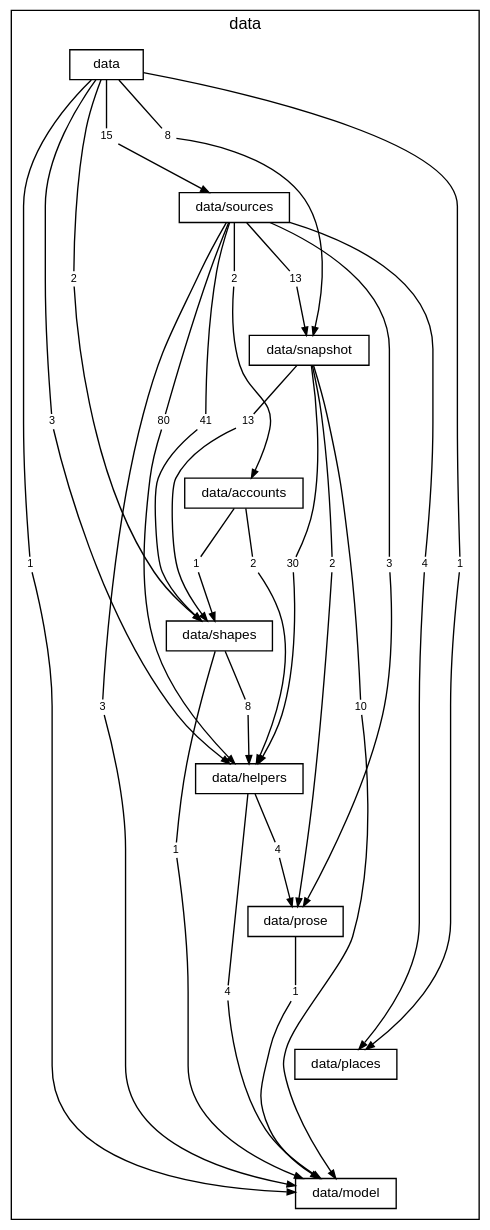
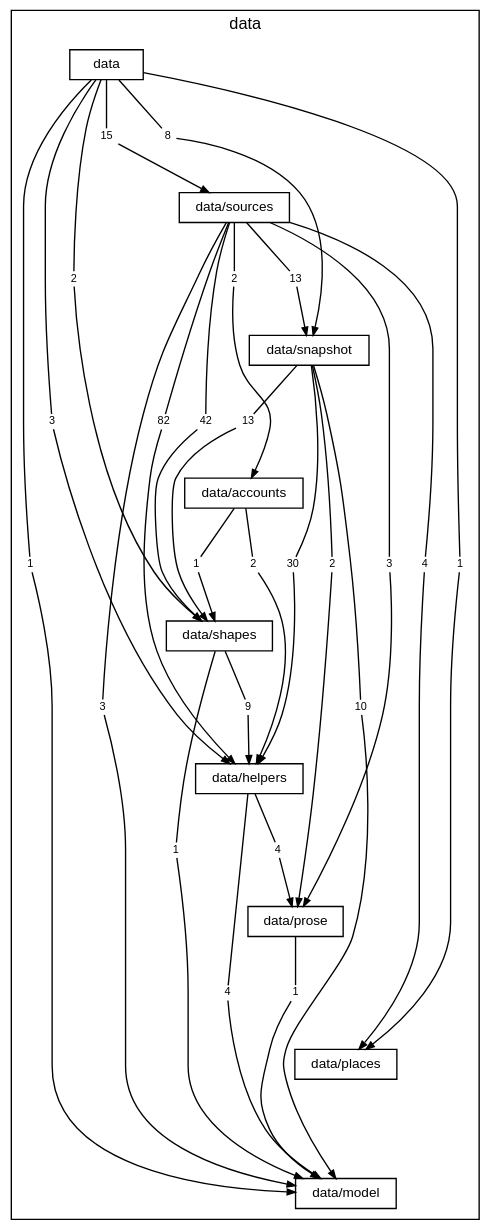
The diagram in docs/diagrams/layer-data.dot (TheAxeC/oculus), drawn with Graphviz before and after one commit. The commit also changed 67 other files, not shown here.

```diff
--- a/docs/diagrams/layer-data.dot
+++ b/docs/diagrams/layer-data.dot
@@ -1,97 +1,97 @@
 digraph layer_data {
     graph [bgcolor="transparent", rankdir=TB, newrank=true, mclimit=4, fontname="Helvetica", fontsize=12, nodesep=0.2, ranksep=0.5];
     node [shape=box, color="black", fontcolor="black", fontname="Helvetica", fontsize=10, height=0.3, margin="0.12,0.04"];
     edge [color="black", fontcolor="black", fontname="Helvetica", fontsize=8, arrowsize=0.6];
     subgraph "cluster_data" {
         label="data"; style=solid;
         "folder data" [label="data"];
         "folder data/sources" [label="data/sources"];
         "folder data/snapshot" [label="data/snapshot"];
         "folder data/accounts" [label="data/accounts"];
         "folder data/shapes" [label="data/shapes"];
         "folder data/helpers" [label="data/helpers"];
         "folder data/prose" [label="data/prose"];
         "folder data/places" [label="data/places"];
         "folder data/model" [label="data/model"];
         "folder data to folder data/helpers" [label="3", shape=box, color="transparent", fontsize=8, width=0, height=0, margin="0.04,0.02"];
         "folder data to folder data/model" [label="1", shape=box, color="transparent", fontsize=8, width=0, height=0, margin="0.04,0.02"];
         "folder data to folder data/places" [label="1", shape=box, color="transparent", fontsize=8, width=0, height=0, margin="0.04,0.02"];
         "folder data to folder data/shapes" [label="2", shape=box, color="transparent", fontsize=8, width=0, height=0, margin="0.04,0.02"];
         "folder data to folder data/snapshot" [label="8", shape=box, color="transparent", fontsize=8, width=0, height=0, margin="0.04,0.02"];
         "folder data to folder data/sources" [label="15", shape=box, color="transparent", fontsize=8, width=0, height=0, margin="0.04,0.02"];
         "folder data/sources to folder data/accounts" [label="2", shape=box, color="transparent", fontsize=8, width=0, height=0, margin="0.04,0.02"];
-        "folder data/sources to folder data/helpers" [label="80", shape=box, color="transparent", fontsize=8, width=0, height=0, margin="0.04,0.02"];
+        "folder data/sources to folder data/helpers" [label="82", shape=box, color="transparent", fontsize=8, width=0, height=0, margin="0.04,0.02"];
         "folder data/sources to folder data/model" [label="3", shape=box, color="transparent", fontsize=8, width=0, height=0, margin="0.04,0.02"];
         "folder data/sources to folder data/places" [label="4", shape=box, color="transparent", fontsize=8, width=0, height=0, margin="0.04,0.02"];
         "folder data/sources to folder data/prose" [label="3", shape=box, color="transparent", fontsize=8, width=0, height=0, margin="0.04,0.02"];
-        "folder data/sources to folder data/shapes" [label="41", shape=box, color="transparent", fontsize=8, width=0, height=0, margin="0.04,0.02"];
+        "folder data/sources to folder data/shapes" [label="42", shape=box, color="transparent", fontsize=8, width=0, height=0, margin="0.04,0.02"];
         "folder data/sources to folder data/snapshot" [label="13", shape=box, color="transparent", fontsize=8, width=0, height=0, margin="0.04,0.02"];
         "folder data/snapshot to folder data/helpers" [label="30", shape=box, color="transparent", fontsize=8, width=0, height=0, margin="0.04,0.02"];
         "folder data/snapshot to folder data/model" [label="10", shape=box, color="transparent", fontsize=8, width=0, height=0, margin="0.04,0.02"];
         "folder data/snapshot to folder data/prose" [label="2", shape=box, color="transparent", fontsize=8, width=0, height=0, margin="0.04,0.02"];
         "folder data/snapshot to folder data/shapes" [label="13", shape=box, color="transparent", fontsize=8, width=0, height=0, margin="0.04,0.02"];
         "folder data/accounts to folder data/helpers" [label="2", shape=box, color="transparent", fontsize=8, width=0, height=0, margin="0.04,0.02"];
         "folder data/accounts to folder data/shapes" [label="1", shape=box, color="transparent", fontsize=8, width=0, height=0, margin="0.04,0.02"];
-        "folder data/shapes to folder data/helpers" [label="8", shape=box, color="transparent", fontsize=8, width=0, height=0, margin="0.04,0.02"];
+        "folder data/shapes to folder data/helpers" [label="9", shape=box, color="transparent", fontsize=8, width=0, height=0, margin="0.04,0.02"];
         "folder data/shapes to folder data/model" [label="1", shape=box, color="transparent", fontsize=8, width=0, height=0, margin="0.04,0.02"];
         "folder data/helpers to folder data/model" [label="4", shape=box, color="transparent", fontsize=8, width=0, height=0, margin="0.04,0.02"];
         "folder data/helpers to folder data/prose" [label="4", shape=box, color="transparent", fontsize=8, width=0, height=0, margin="0.04,0.02"];
         "folder data/prose to folder data/model" [label="1", shape=box, color="transparent", fontsize=8, width=0, height=0, margin="0.04,0.02"];
     }
     "folder data" -> "folder data/sources" [style=invis, weight=10, minlen=2];
     "folder data/sources" -> "folder data/snapshot" [style=invis, weight=10, minlen=2];
     "folder data/snapshot" -> "folder data/accounts" [style=invis, weight=10, minlen=2];
     "folder data/accounts" -> "folder data/shapes" [style=invis, weight=10, minlen=2];
     "folder data/shapes" -> "folder data/helpers" [style=invis, weight=10, minlen=2];
     "folder data/helpers" -> "folder data/prose" [style=invis, weight=10, minlen=2];
     "folder data/prose" -> "folder data/places" [style=invis, weight=10, minlen=2];
     "folder data/places" -> "folder data/model" [style=invis, weight=10, minlen=2];
     "folder data" -> "folder data to folder data/helpers" [arrowhead=none, minlen=5, weight=10];
     "folder data to folder data/helpers" -> "folder data/helpers" [];
     "folder data" -> "folder data to folder data/model" [arrowhead=none, minlen=7, weight=10];
     "folder data to folder data/model" -> "folder data/model" [];
     "folder data" -> "folder data to folder data/places" [arrowhead=none, minlen=7, weight=10];
     "folder data to folder data/places" -> "folder data/places" [];
     "folder data" -> "folder data to folder data/shapes" [arrowhead=none, minlen=3, weight=10];
     "folder data to folder data/shapes" -> "folder data/shapes" [];
     "folder data" -> "folder data to folder data/snapshot" [arrowhead=none, minlen=1, weight=10];
     "folder data to folder data/snapshot" -> "folder data/snapshot" [];
     "folder data" -> "folder data to folder data/sources" [arrowhead=none, minlen=1, weight=10];
     "folder data to folder data/sources" -> "folder data/sources" [];
     "folder data/sources" -> "folder data/sources to folder data/accounts" [arrowhead=none, minlen=1, weight=10];
     "folder data/sources to folder data/accounts" -> "folder data/accounts" [];
     "folder data/sources" -> "folder data/sources to folder data/helpers" [arrowhead=none, minlen=3, weight=10];
     "folder data/sources to folder data/helpers" -> "folder data/helpers" [];
     "folder data/sources" -> "folder data/sources to folder data/model" [arrowhead=none, minlen=7, weight=10];
     "folder data/sources to folder data/model" -> "folder data/model" [];
     "folder data/sources" -> "folder data/sources to folder data/places" [arrowhead=none, minlen=5, weight=10];
     "folder data/sources to folder data/places" -> "folder data/places" [];
     "folder data/sources" -> "folder data/sources to folder data/prose" [arrowhead=none, minlen=5, weight=10];
     "folder data/sources to folder data/prose" -> "folder data/prose" [];
     "folder data/sources" -> "folder data/sources to folder data/shapes" [arrowhead=none, minlen=3, weight=10];
     "folder data/sources to folder data/shapes" -> "folder data/shapes" [];
     "folder data/sources" -> "folder data/sources to folder data/snapshot" [arrowhead=none, minlen=1, weight=10];
     "folder data/sources to folder data/snapshot" -> "folder data/snapshot" [];
     "folder data/snapshot" -> "folder data/snapshot to folder data/helpers" [arrowhead=none, minlen=3, weight=10];
     "folder data/snapshot to folder data/helpers" -> "folder data/helpers" [];
     "folder data/snapshot" -> "folder data/snapshot to folder data/model" [arrowhead=none, minlen=5, weight=10];
     "folder data/snapshot to folder data/model" -> "folder data/model" [];
     "folder data/snapshot" -> "folder data/snapshot to folder data/prose" [arrowhead=none, minlen=3, weight=10];
     "folder data/snapshot to folder data/prose" -> "folder data/prose" [];
     "folder data/snapshot" -> "folder data/snapshot to folder data/shapes" [arrowhead=none, minlen=1, weight=10];
     "folder data/snapshot to folder data/shapes" -> "folder data/shapes" [];
     "folder data/accounts" -> "folder data/accounts to folder data/helpers" [arrowhead=none, minlen=1, weight=10];
     "folder data/accounts to folder data/helpers" -> "folder data/helpers" [];
     "folder data/accounts" -> "folder data/accounts to folder data/shapes" [arrowhead=none, minlen=1, weight=10];
     "folder data/accounts to folder data/shapes" -> "folder data/shapes" [];
     "folder data/shapes" -> "folder data/shapes to folder data/helpers" [arrowhead=none, minlen=1, weight=10];
     "folder data/shapes to folder data/helpers" -> "folder data/helpers" [];
     "folder data/shapes" -> "folder data/shapes to folder data/model" [arrowhead=none, minlen=3, weight=10];
     "folder data/shapes to folder data/model" -> "folder data/model" [];
     "folder data/helpers" -> "folder data/helpers to folder data/model" [arrowhead=none, minlen=3, weight=10];
     "folder data/helpers to folder data/model" -> "folder data/model" [];
     "folder data/helpers" -> "folder data/helpers to folder data/prose" [arrowhead=none, minlen=1, weight=10];
     "folder data/helpers to folder data/prose" -> "folder data/prose" [];
     "folder data/prose" -> "folder data/prose to folder data/model" [arrowhead=none, minlen=1, weight=10];
     "folder data/prose to folder data/model" -> "folder data/model" [];
 }
```
